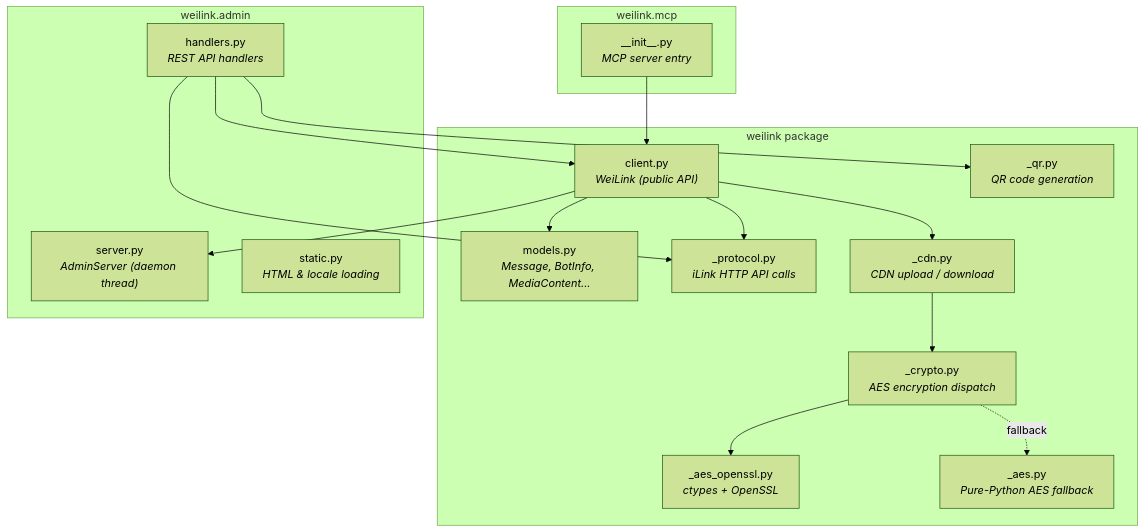
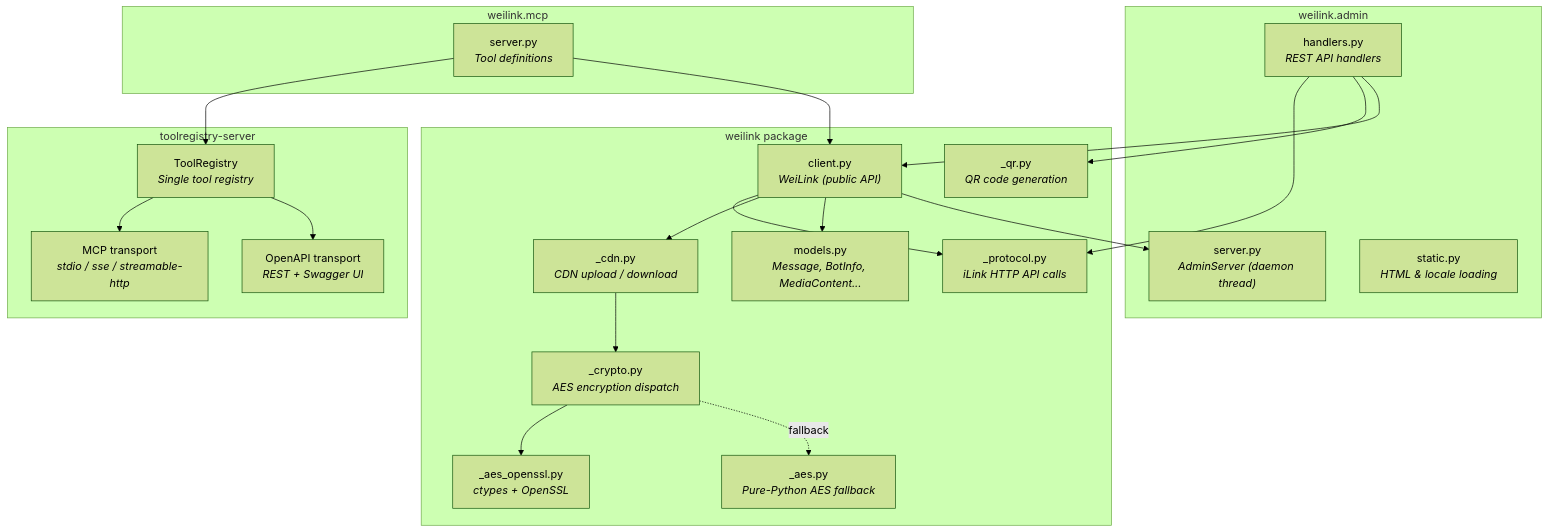
One commit to Oaklight/weilink changed the first of 10 diagrams in docs/architecture.md. Above: the diagram before and after it, drawn with Mermaid (forest theme). The commit also changed other lines of this file and 5 other files, not shown here.

Commit message:
Add OpenAPI docs, update changelog and architecture

````diff
--- a/docs/architecture.md
+++ b/docs/architecture.md
@@ -7,35 +7,44 @@
 ```mermaid
 graph TB
     subgraph "weilink package"
         client["client.py<br/><i>WeiLink (public API)</i>"]
         models["models.py<br/><i>Message, BotInfo, MediaContent...</i>"]
         protocol["_protocol.py<br/><i>iLink HTTP API calls</i>"]
         cdn["_cdn.py<br/><i>CDN upload / download</i>"]
         crypto["_crypto.py<br/><i>AES encryption dispatch</i>"]
         aes_ssl["_aes_openssl.py<br/><i>ctypes + OpenSSL</i>"]
         aes_py["_aes.py<br/><i>Pure-Python AES fallback</i>"]
         qr["_qr.py<br/><i>QR code generation</i>"]
     end
 
     subgraph "weilink.admin"
         admin_srv["server.py<br/><i>AdminServer (daemon thread)</i>"]
         admin_hdl["handlers.py<br/><i>REST API handlers</i>"]
         admin_stc["static.py<br/><i>HTML & locale loading</i>"]
     end
 
     subgraph "weilink.mcp"
-        mcp_srv["__init__.py<br/><i>MCP server entry</i>"]
+        mcp_srv["server.py<br/><i>Tool definitions</i>"]
+    end
+
+    subgraph "toolregistry-server"
+        tr["ToolRegistry<br/><i>Single tool registry</i>"]
+        mcp_out["MCP transport<br/><i>stdio / sse / streamable-http</i>"]
+        openapi_out["OpenAPI transport<br/><i>REST + Swagger UI</i>"]
     end
 
     client --> protocol
     client --> cdn
     client --> models
     client --> admin_srv
     cdn --> crypto
     crypto --> aes_ssl
     crypto -.->|fallback| aes_py
     admin_hdl --> protocol
     admin_hdl --> qr
     admin_hdl --> client
+    mcp_srv --> tr
+    tr --> mcp_out
+    tr --> openapi_out
     mcp_srv --> client
 ```
````
